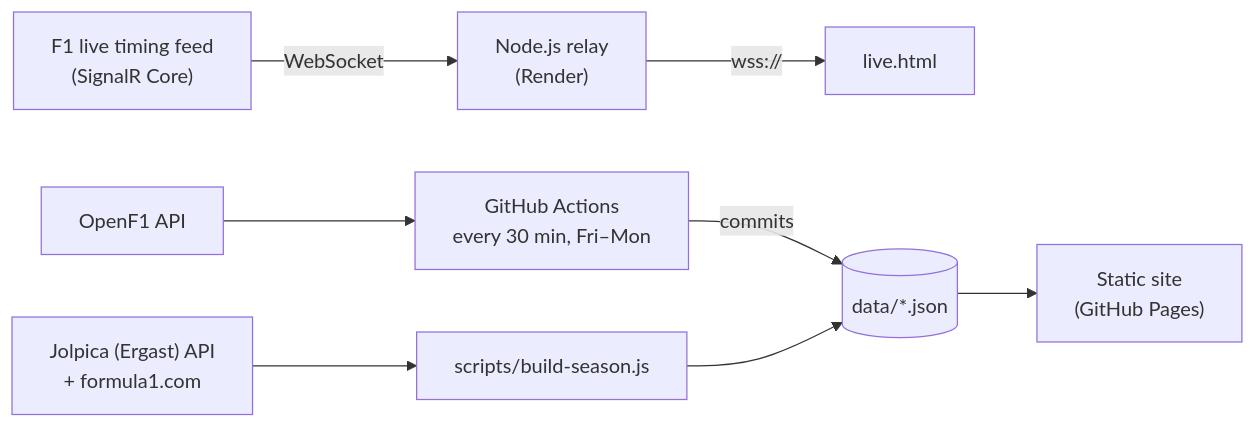
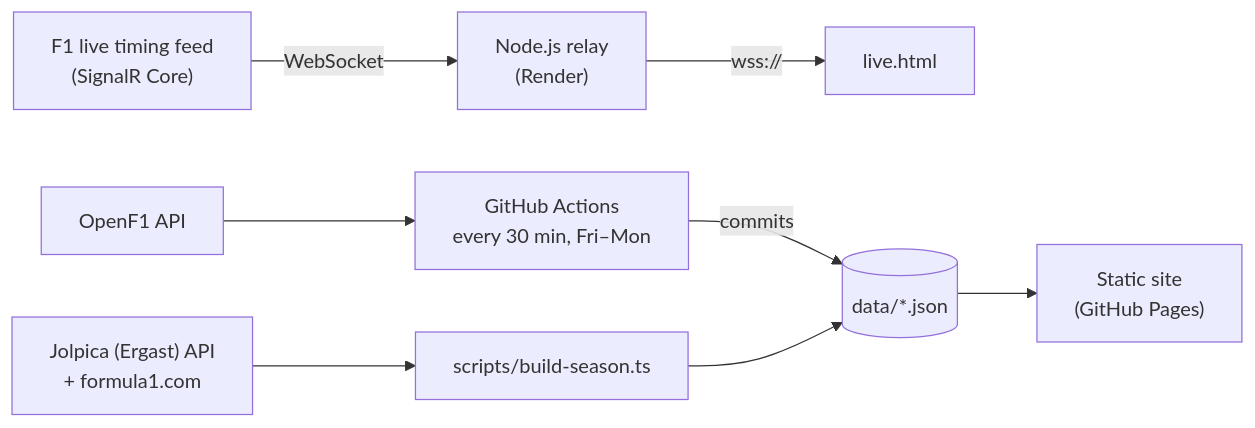
One commit to benipach/f1-hub-project changed the diagram in README.md. Above: the diagram before and after it, drawn with Mermaid. The commit also changed other lines of this file and 10 other files, not shown here.

Commit message:
refactor(scripts): build-season in TypeScript; one request helper for every API

````diff
--- a/README.md
+++ b/README.md
@@ -28,12 +28,12 @@
 ```mermaid
 flowchart LR
     feed["F1 live timing feed<br/>(SignalR Core)"] -->|WebSocket| relay["Node.js relay<br/>(Render)"]
     relay -->|wss://| live["live.html"]
 
     openf1["OpenF1 API"] --> actions["GitHub Actions<br/>every 30 min, Fri–Mon"]
-    jolpica["Jolpica (Ergast) API<br/>+ formula1.com"] --> build["scripts/build-season.js"]
+    jolpica["Jolpica (Ergast) API<br/>+ formula1.com"] --> build["scripts/build-season.ts"]
     actions -->|commits| data[("data/*.json")]
     build --> data
 
     data --> site["Static site<br/>(GitHub Pages)"]
 ```
````
